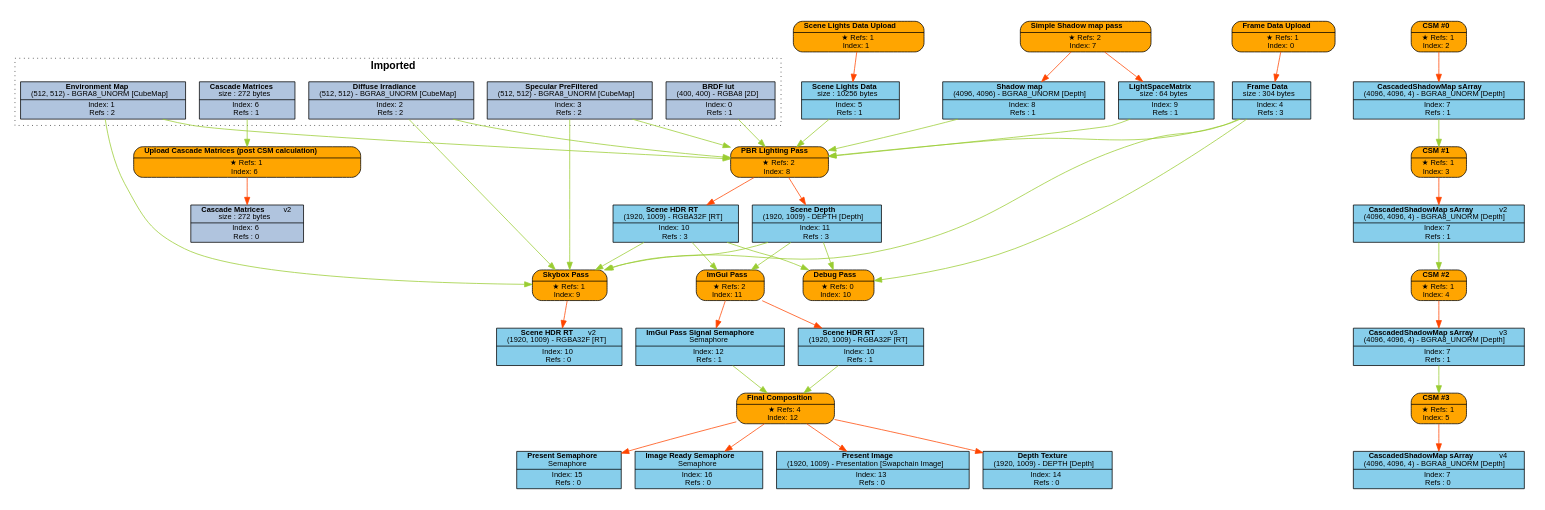
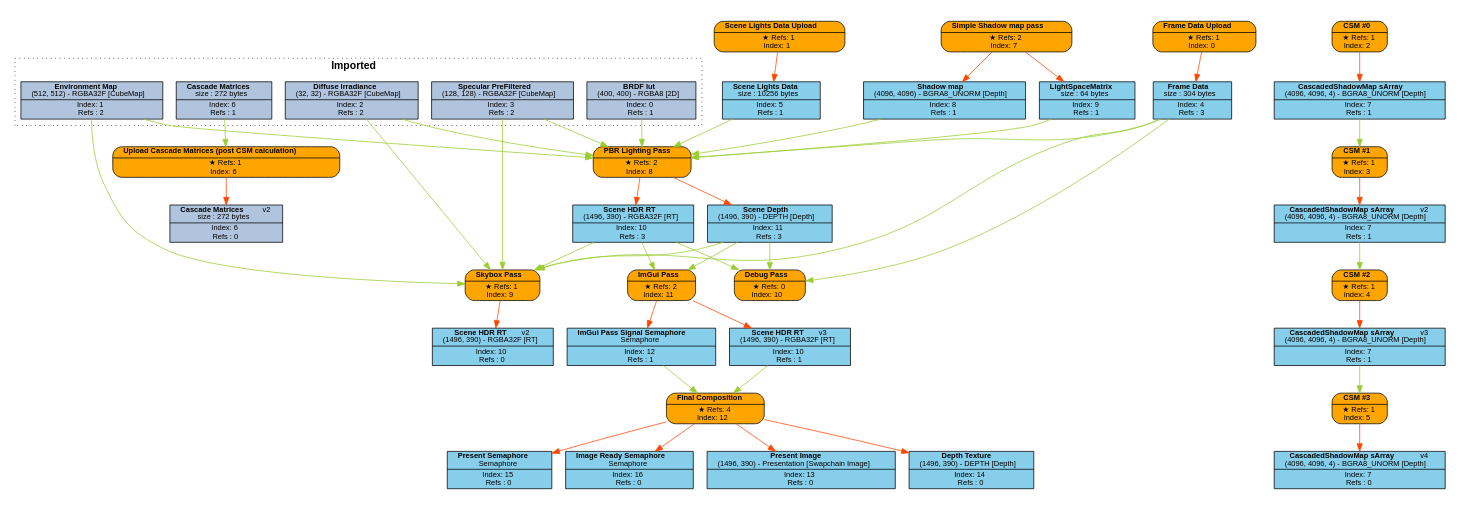
The diagram in Engine/content/FrameGraphs/forward_lighting_test.dot (Pikachuxxxx/Razix), drawn with Graphviz before and after one commit. The commit also changed 20 other files, not shown here.

Commit message:
[Graphics] Finished PBR IBL implementation;

```diff
--- a/Engine/content/FrameGraphs/forward_lighting_test.dot
+++ b/Engine/content/FrameGraphs/forward_lighting_test.dot
@@ -1,126 +1,126 @@
 digraph FrameGraph {
 graph [style=invis, rankdir="TB" ordering=out, splines=spline]
 node [shape=record, fontname="helvetica", fontsize=10, margin="0.2,0.03"]
 
 P0 [label=<{ {<B>Frame Data Upload</B>} | {&#x2605; Refs: 1<BR/> Index: 0} }> style="rounded,filled", fillcolor=orange]
 P1 [label=<{ {<B>Scene Lights Data Upload</B>} | {&#x2605; Refs: 1<BR/> Index: 1} }> style="rounded,filled", fillcolor=orange]
 P2 [label=<{ {<B>CSM #0</B>} | {&#x2605; Refs: 1<BR/> Index: 2} }> style="rounded,filled", fillcolor=orange]
 P3 [label=<{ {<B>CSM #1</B>} | {&#x2605; Refs: 1<BR/> Index: 3} }> style="rounded,filled", fillcolor=orange]
 P4 [label=<{ {<B>CSM #2</B>} | {&#x2605; Refs: 1<BR/> Index: 4} }> style="rounded,filled", fillcolor=orange]
 P5 [label=<{ {<B>CSM #3</B>} | {&#x2605; Refs: 1<BR/> Index: 5} }> style="rounded,filled", fillcolor=orange]
 P6 [label=<{ {<B>Upload Cascade Matrices (post CSM calculation)</B>} | {&#x2605; Refs: 1<BR/> Index: 6} }> style="rounded,filled", fillcolor=orange]
 P7 [label=<{ {<B>Simple Shadow map pass</B>} | {&#x2605; Refs: 2<BR/> Index: 7} }> style="rounded,filled", fillcolor=orange]
 P8 [label=<{ {<B>PBR Lighting Pass</B>} | {&#x2605; Refs: 2<BR/> Index: 8} }> style="rounded,filled", fillcolor=orange]
 P9 [label=<{ {<B>Skybox Pass</B>} | {&#x2605; Refs: 1<BR/> Index: 9} }> style="rounded,filled", fillcolor=orange]
 P10 [label=<{ {<B>Debug Pass</B>} | {&#x2605; Refs: 0<BR/> Index: 10} }> style="rounded,filled", fillcolor=orange]
 P11 [label=<{ {<B>ImGui Pass</B>} | {&#x2605; Refs: 2<BR/> Index: 11} }> style="rounded,filled", fillcolor=orange]
 P12 [label=<{ {<B>Final Composition</B>} | {&#x2605; Refs: 4<BR/> Index: 12} }> style="rounded,filled", fillcolor=orange]
 
 R0_1 [label=<{ {<B>BRDF lut</B><BR/>(400, 400) - RGBA8 [2D]} | {Index: 0<BR/>Refs : 1} }> style=filled, fillcolor=lightsteelblue]
-R1_1 [label=<{ {<B>Environment Map</B><BR/>(512, 512) - BGRA8_UNORM [CubeMap]} | {Index: 1<BR/>Refs : 2} }> style=filled, fillcolor=lightsteelblue]
-R2_1 [label=<{ {<B>Diffuse Irradiance</B><BR/>(512, 512) - BGRA8_UNORM [CubeMap]} | {Index: 2<BR/>Refs : 2} }> style=filled, fillcolor=lightsteelblue]
-R3_1 [label=<{ {<B>Specular PreFiltered</B><BR/>(512, 512) - BGRA8_UNORM [CubeMap]} | {Index: 3<BR/>Refs : 2} }> style=filled, fillcolor=lightsteelblue]
+R1_1 [label=<{ {<B>Environment Map</B><BR/>(512, 512) - RGBA32F [CubeMap]} | {Index: 1<BR/>Refs : 2} }> style=filled, fillcolor=lightsteelblue]
+R2_1 [label=<{ {<B>Diffuse Irradiance</B><BR/>(32, 32) - RGBA32F [CubeMap]} | {Index: 2<BR/>Refs : 2} }> style=filled, fillcolor=lightsteelblue]
+R3_1 [label=<{ {<B>Specular PreFiltered</B><BR/>(128, 128) - RGBA32F [CubeMap]} | {Index: 3<BR/>Refs : 2} }> style=filled, fillcolor=lightsteelblue]
 R4_1 [label=<{ {<B>Frame Data</B><BR/>size : 304 bytes} | {Index: 4<BR/>Refs : 3} }> style=filled, fillcolor=skyblue]
 R5_1 [label=<{ {<B>Scene Lights Data</B><BR/>size : 10256 bytes} | {Index: 5<BR/>Refs : 1} }> style=filled, fillcolor=skyblue]
 R6_1 [label=<{ {<B>Cascade Matrices</B><BR/>size : 272 bytes} | {Index: 6<BR/>Refs : 1} }> style=filled, fillcolor=lightsteelblue]
 R7_1 [label=<{ {<B>CascadedShadowMap sArray</B><BR/>(4096, 4096, 4) - BGRA8_UNORM [Depth]} | {Index: 7<BR/>Refs : 1} }> style=filled, fillcolor=skyblue]
 R7_2 [label=<{ {<B>CascadedShadowMap sArray</B>   <FONT>v2</FONT><BR/>(4096, 4096, 4) - BGRA8_UNORM [Depth]} | {Index: 7<BR/>Refs : 1} }> style=filled, fillcolor=skyblue]
 R7_3 [label=<{ {<B>CascadedShadowMap sArray</B>   <FONT>v3</FONT><BR/>(4096, 4096, 4) - BGRA8_UNORM [Depth]} | {Index: 7<BR/>Refs : 1} }> style=filled, fillcolor=skyblue]
 R7_4 [label=<{ {<B>CascadedShadowMap sArray</B>   <FONT>v4</FONT><BR/>(4096, 4096, 4) - BGRA8_UNORM [Depth]} | {Index: 7<BR/>Refs : 0} }> style=filled, fillcolor=skyblue]
 R6_2 [label=<{ {<B>Cascade Matrices</B>   <FONT>v2</FONT><BR/>size : 272 bytes} | {Index: 6<BR/>Refs : 0} }> style=filled, fillcolor=lightsteelblue]
 R8_1 [label=<{ {<B>Shadow map</B><BR/>(4096, 4096) - BGRA8_UNORM [Depth]} | {Index: 8<BR/>Refs : 1} }> style=filled, fillcolor=skyblue]
 R9_1 [label=<{ {<B>LightSpaceMatrix</B><BR/>size : 64 bytes} | {Index: 9<BR/>Refs : 1} }> style=filled, fillcolor=skyblue]
-R10_1 [label=<{ {<B>Scene HDR RT</B><BR/>(1920, 1009) - RGBA32F [RT]} | {Index: 10<BR/>Refs : 3} }> style=filled, fillcolor=skyblue]
-R11_1 [label=<{ {<B>Scene Depth</B><BR/>(1920, 1009) - DEPTH [Depth]} | {Index: 11<BR/>Refs : 3} }> style=filled, fillcolor=skyblue]
-R10_2 [label=<{ {<B>Scene HDR RT</B>   <FONT>v2</FONT><BR/>(1920, 1009) - RGBA32F [RT]} | {Index: 10<BR/>Refs : 0} }> style=filled, fillcolor=skyblue]
+R10_1 [label=<{ {<B>Scene HDR RT</B><BR/>(1496, 390) - RGBA32F [RT]} | {Index: 10<BR/>Refs : 3} }> style=filled, fillcolor=skyblue]
+R11_1 [label=<{ {<B>Scene Depth</B><BR/>(1496, 390) - DEPTH [Depth]} | {Index: 11<BR/>Refs : 3} }> style=filled, fillcolor=skyblue]
+R10_2 [label=<{ {<B>Scene HDR RT</B>   <FONT>v2</FONT><BR/>(1496, 390) - RGBA32F [RT]} | {Index: 10<BR/>Refs : 0} }> style=filled, fillcolor=skyblue]
 R12_1 [label=<{ {<B>ImGui Pass Signal Semaphore</B><BR/>Semaphore} | {Index: 12<BR/>Refs : 1} }> style=filled, fillcolor=skyblue]
-R10_3 [label=<{ {<B>Scene HDR RT</B>   <FONT>v3</FONT><BR/>(1920, 1009) - RGBA32F [RT]} | {Index: 10<BR/>Refs : 1} }> style=filled, fillcolor=skyblue]
-R13_1 [label=<{ {<B>Present Image</B><BR/>(1920, 1009) - Presentation [Swapchain Image]} | {Index: 13<BR/>Refs : 0} }> style=filled, fillcolor=skyblue]
-R14_1 [label=<{ {<B>Depth Texture</B><BR/>(1920, 1009) - DEPTH [Depth]} | {Index: 14<BR/>Refs : 0} }> style=filled, fillcolor=skyblue]
+R10_3 [label=<{ {<B>Scene HDR RT</B>   <FONT>v3</FONT><BR/>(1496, 390) - RGBA32F [RT]} | {Index: 10<BR/>Refs : 1} }> style=filled, fillcolor=skyblue]
+R13_1 [label=<{ {<B>Present Image</B><BR/>(1496, 390) - Presentation [Swapchain Image]} | {Index: 13<BR/>Refs : 0} }> style=filled, fillcolor=skyblue]
+R14_1 [label=<{ {<B>Depth Texture</B><BR/>(1496, 390) - DEPTH [Depth]} | {Index: 14<BR/>Refs : 0} }> style=filled, fillcolor=skyblue]
 R15_1 [label=<{ {<B>Present Semaphore</B><BR/>Semaphore} | {Index: 15<BR/>Refs : 0} }> style=filled, fillcolor=skyblue]
 R16_1 [label=<{ {<B>Image Ready Semaphore</B><BR/>Semaphore} | {Index: 16<BR/>Refs : 0} }> style=filled, fillcolor=skyblue]
 
 P0 -> { R4_1 } [color=orangered]
 P1 -> { R5_1 } [color=orangered]
 P2 -> { R7_1 } [color=orangered]
 P3 -> { R7_2 } [color=orangered]
 P4 -> { R7_3 } [color=orangered]
 P5 -> { R7_4 } [color=orangered]
 P6 -> { R6_2 } [color=orangered]
 P7 -> { R8_1 R9_1 } [color=orangered]
 P8 -> { R10_1 R11_1 } [color=orangered]
 P9 -> { R10_2 } [color=orangered]
 P10 -> { } [color=orangered]
 P11 -> { R10_3 R12_1 } [color=orangered]
 P12 -> { R13_1 R14_1 R15_1 R16_1 } [color=orangered]
 
 R0_1 -> { P8 } [color=olivedrab3]
 R1_1 -> { P8 P9 } [color=olivedrab3]
 R2_1 -> { P8 P9 } [color=olivedrab3]
 R3_1 -> { P8 P9 } [color=olivedrab3]
 R4_1 -> { P8 P9 P10 } [color=olivedrab3]
 R5_1 -> { P8 } [color=olivedrab3]
 R6_1 -> { P6 } [color=olivedrab3]
 R7_1 -> { P3 } [color=olivedrab3]
 R7_2 -> { P4 } [color=olivedrab3]
 R7_3 -> { P5 } [color=olivedrab3]
 R7_4 -> { } [color=olivedrab3]
 R6_2 -> { } [color=olivedrab3]
 R8_1 -> { P8 } [color=olivedrab3]
 R9_1 -> { P8 } [color=olivedrab3]
 R10_1 -> { P9 P10 P11 } [color=olivedrab3]
 R11_1 -> { P9 P10 P11 } [color=olivedrab3]
 R10_2 -> { } [color=olivedrab3]
 R12_1 -> { P12 } [color=olivedrab3]
 R10_3 -> { P12 } [color=olivedrab3]
 R13_1 -> { } [color=olivedrab3]
 R14_1 -> { } [color=olivedrab3]
 R15_1 -> { } [color=olivedrab3]
 R16_1 -> { } [color=olivedrab3]
 
 subgraph cluster_0 {
 P0 R4_1 
 }
 subgraph cluster_1 {
 P1 R5_1 
 }
 subgraph cluster_2 {
 P2 R7_1 
 }
 subgraph cluster_3 {
 P3 
 }
 subgraph cluster_4 {
 P4 
 }
 subgraph cluster_5 {
 P5 
 }
 subgraph cluster_6 {
 P6 
 }
 subgraph cluster_7 {
 P7 R8_1 R9_1 
 }
 subgraph cluster_8 {
 P8 R10_1 R11_1 
 }
 subgraph cluster_9 {
 P9 
 }
 subgraph cluster_10 {
 P10 
 }
 subgraph cluster_11 {
 P11 R12_1 
 }
 subgraph cluster_12 {
 P12 R13_1 R14_1 R15_1 R16_1 
 }
 
 subgraph cluster_imported_resources {
 graph [style=dotted, fontname="helvetica", label=< <B>Imported</B> >]
 R0_1 R1_1 R2_1 R3_1 R6_1 
 }
 
 }
```
